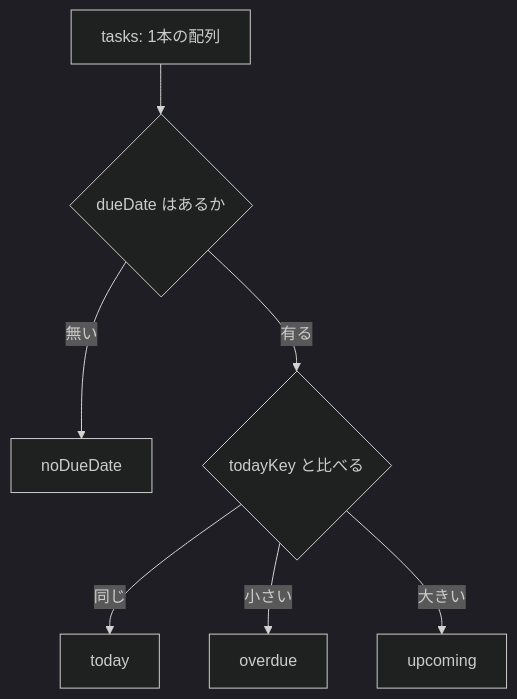
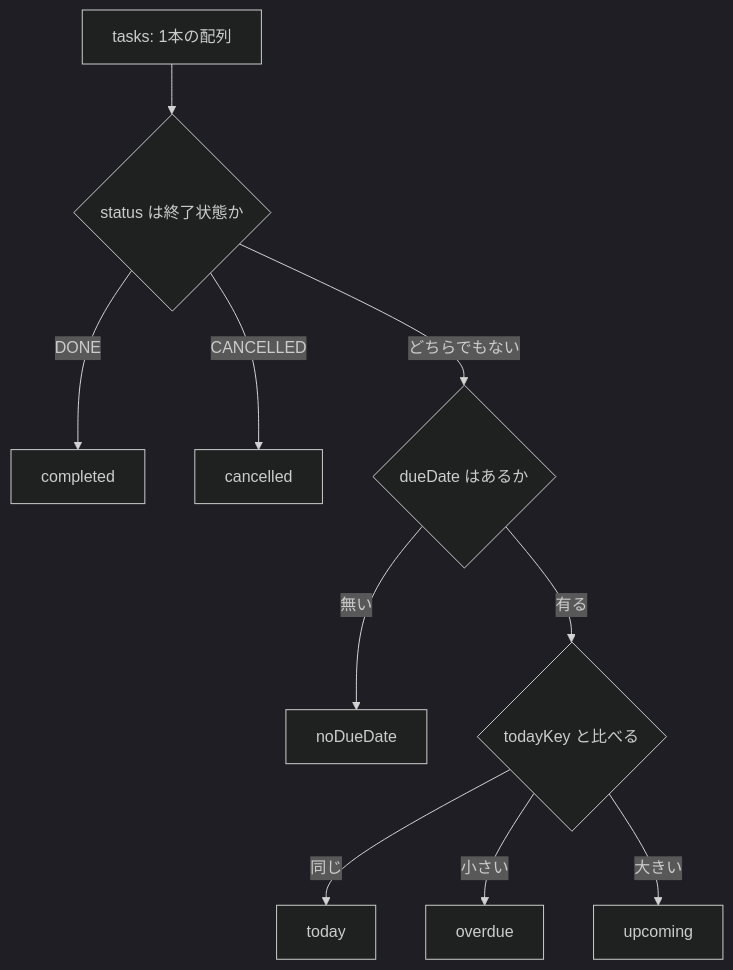
One commit to kouiso/task-app changed the second of 2 diagrams in material/30days-curriculum/day17_自分のタスクページ.md. Above: the diagram before and after it, drawn with Mermaid (dark theme). The commit also changed other lines of this file and 345 other files, not shown here.

````diff
--- a/material/30days-curriculum/day17_自分のタスクページ.md
+++ b/material/30days-curriculum/day17_自分のタスクページ.md
@@ -781,9 +830,12 @@
 ```mermaid
 flowchart TB
-    T["tasks: 1本の配列"] --> Q1{"dueDate はあるか"}
+    T["tasks: 1本の配列"] --> S{"status は終了状態か"}
+    S -->|"DONE"| C["completed"]
+    S -->|"CANCELLED"| X["cancelled"]
+    S -->|"どちらでもない"| Q1{"dueDate はあるか"}
     Q1 -->|"無い"| N["noDueDate"]
     Q1 -->|"有る"| Q2{"todayKey と比べる"}
     Q2 -->|"同じ"| TD["today"]
     Q2 -->|"小さい"| OV["overdue"]
     Q2 -->|"大きい"| UP["upcoming"]
 ```
````
